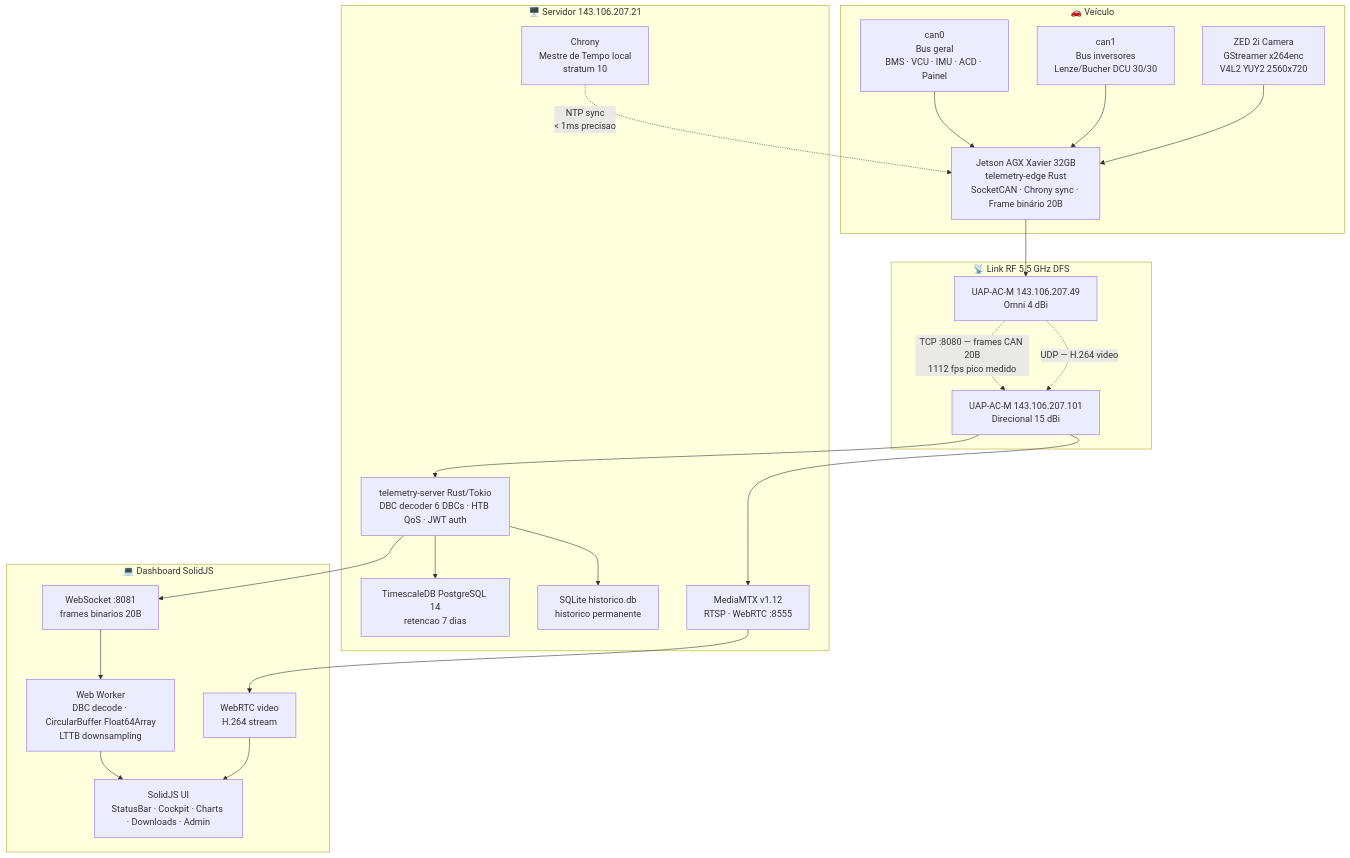
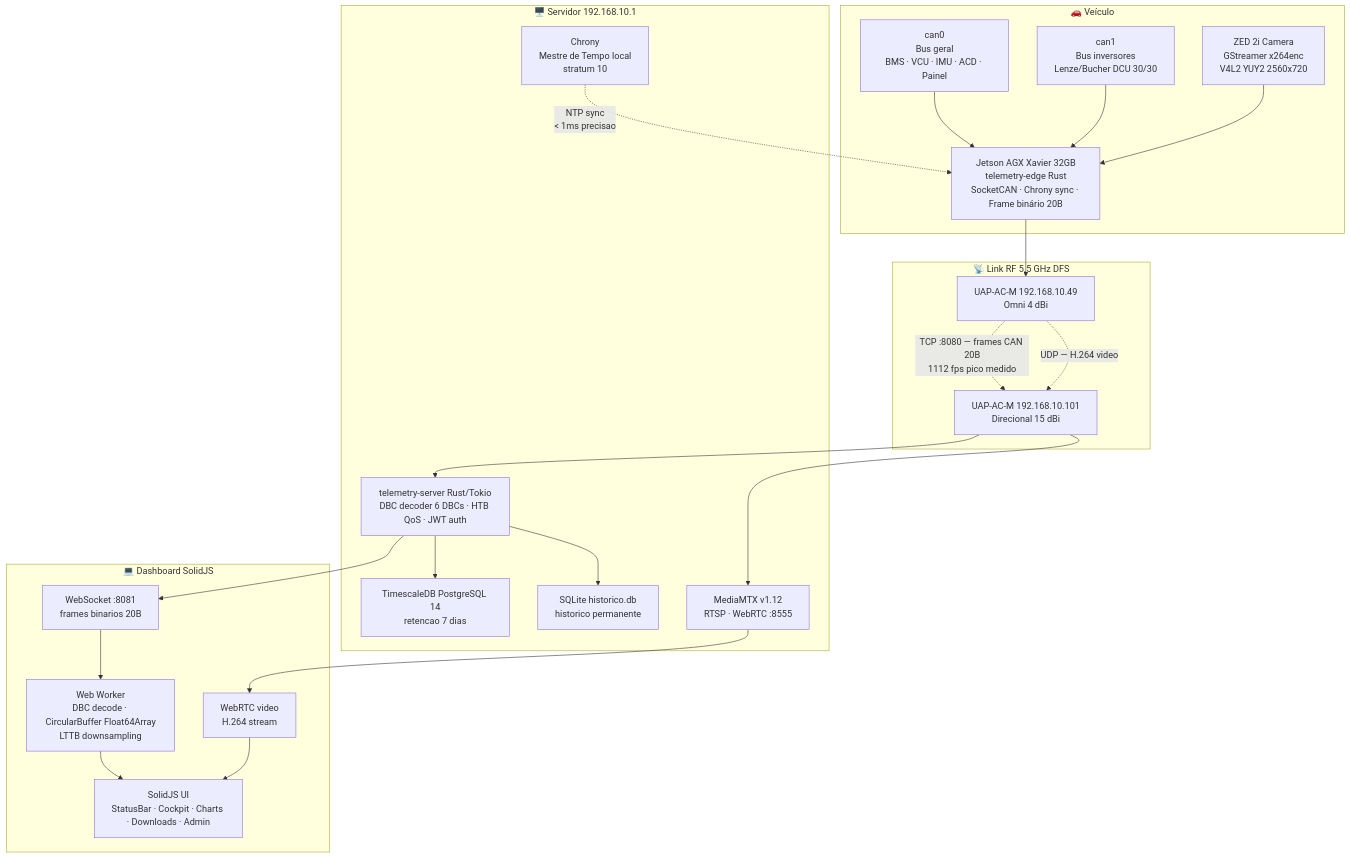
The fourth of 8 diagrams in design/handBook.md (Faraoh-Back/TelemetriaV2.0), drawn with Mermaid before and after one commit. The commit also changed other lines of this file, not shown here.

````diff
--- a/design/handBook.md
+++ b/design/handBook.md
@@ -301,42 +326,42 @@
 ```mermaid
 flowchart TD
     subgraph CARRO["🚗 Veículo"]
         CAN0["can0\nBus geral\nBMS · VCU · IMU · ACD · Painel"]
         CAN1["can1\nBus inversores\nLenze/Bucher DCU 30/30"]
         JETSON["Jetson AGX Xavier 32GB\ntelemetry-edge Rust\nSocketCAN · Chrony sync · Frame binário 20B"]
         ZED["ZED 2i Camera\nGStreamer x264enc\nV4L2 YUY2 2560x720"]
         CAN0 --> JETSON
         CAN1 --> JETSON
         ZED --> JETSON
     end
     subgraph RF["📡 Link RF 5.5 GHz DFS"]
-        AP_CAR["UAP-AC-M 143.106.207.49\nOmni 4 dBi"]
-        AP_BOX["UAP-AC-M 143.106.207.101\nDirecional 15 dBi"]
+        AP_CAR["UAP-AC-M 192.168.10.49\nOmni 4 dBi"]
+        AP_BOX["UAP-AC-M 192.168.10.101\nDirecional 15 dBi"]
         AP_CAR -."TCP :8080 — frames CAN 20B\n1112 fps pico medido".-> AP_BOX
         AP_CAR -."UDP — H.264 video".-> AP_BOX
     end
-    subgraph SERVER["🖥️ Servidor 143.106.207.21"]
+    subgraph SERVER["🖥️ Servidor 192.168.10.1"]
         SRV["telemetry-server Rust/Tokio\nDBC decoder 6 DBCs · HTB QoS · JWT auth"]
         TS["TimescaleDB PostgreSQL 14\nretencao 7 dias"]
         SQ["SQLite historico.db\nhistorico permanente"]
         MEDIA["MediaMTX v1.12\nRTSP · WebRTC :8555"]
         CHRONY_SRV["Chrony\nMestre de Tempo local\nstratum 10"]
         SRV --> TS
         SRV --> SQ
         AP_BOX --> SRV
         AP_BOX --> MEDIA
     end
     subgraph DASH["💻 Dashboard SolidJS"]
         WS["WebSocket :8081\nframes binarios 20B"]
         WORKER["Web Worker\nDBC decode · CircularBuffer Float64Array\nLTTB downsampling"]
         UI["SolidJS UI\nStatusBar · Cockpit · Charts · Downloads · Admin"]
         VIDEO["WebRTC video\nH.264 stream"]
         SRV --> WS
         WS --> WORKER
         WORKER --> UI
         MEDIA --> VIDEO
         VIDEO --> UI
     end
     JETSON --> AP_CAR
     CHRONY_SRV -."NTP sync\n< 1ms precisao".-> JETSON
 ```
````
